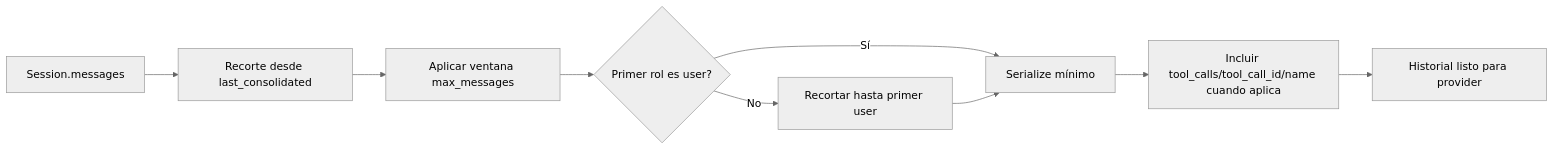
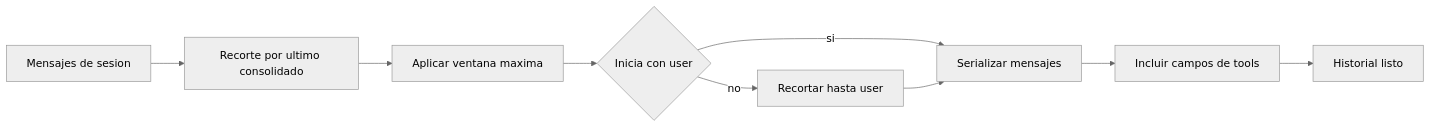
Before and after one commit to Notifai-Team1/ProjectX-nanobot: the third of 3 diagrams in docs/06-session-manager.md, drawn with Mermaid (neutral theme). The commit also changed other lines of this file and 3 other files, not shown here.

Commit message:
docs: corregir sintaxis mermaid y agregar diagramas de memoria

````diff
--- a/docs/06-session-manager.md
+++ b/docs/06-session-manager.md
@@ -128,11 +128,11 @@
 ```mermaid
 flowchart LR
-    A[Session.messages] --> B[Recorte desde last_consolidated]
-    B --> C[Aplicar ventana max_messages]
-    C --> D{Primer rol es user?}
-    D -- No --> E[Recortar hasta primer user]
-    D -- Sí --> F[Serialize mínimo]
+    A[Mensajes de sesion] --> B[Recorte por ultimo consolidado]
+    B --> C[Aplicar ventana maxima]
+    C --> D{Inicia con user}
+    D -- no --> E[Recortar hasta user]
+    D -- si --> F[Serializar mensajes]
     E --> F
-    F --> G[Incluir tool_calls/tool_call_id/name cuando aplica]
-    G --> H[Historial listo para provider]
+    F --> G[Incluir campos de tools]
+    G --> H[Historial listo]
 ```
````
